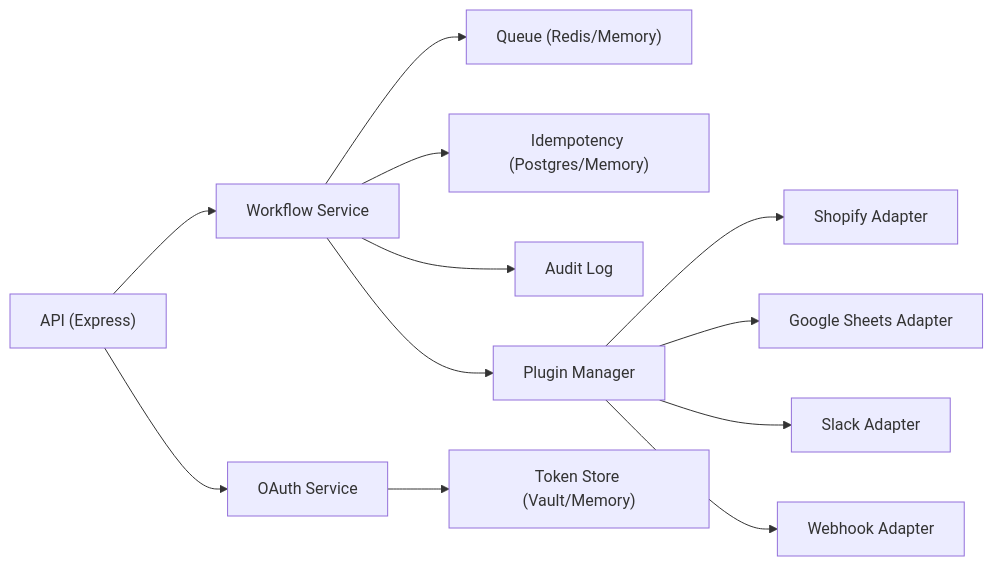
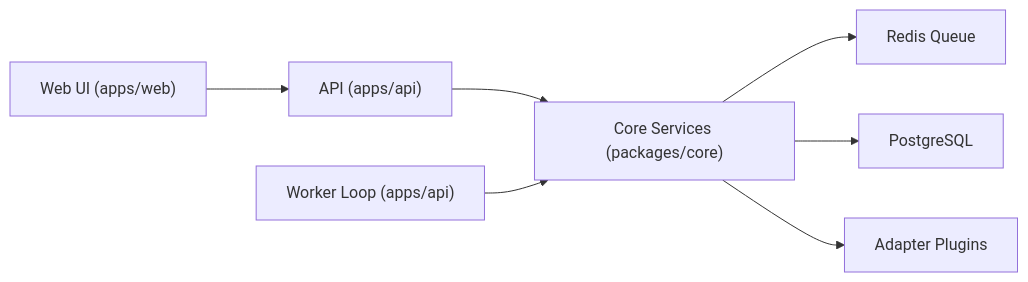
The first of 2 diagrams in docs/architecture.md (penyululz/integrator-project), drawn with Mermaid before and after one commit. The commit also changed other lines of this file and 7 other files, not shown here.

Commit message:
docs: add enterprise roadmap, UI system, and setup guide docs

````diff
--- a/docs/architecture.md
+++ b/docs/architecture.md
@@ -5,14 +35,9 @@
 ```mermaid
 graph LR
-  API["API (Express)"] --> Core["Workflow Service"]
-  Core --> Queue["Queue (Redis/Memory)"]
-  Core --> IdStore["Idempotency (Postgres/Memory)"]
-  Core --> Audit["Audit Log"]
-  Core --> Plugins["Plugin Manager"]
-  Plugins --> A1["Shopify Adapter"]
-  Plugins --> A2["Google Sheets Adapter"]
-  Plugins --> A3["Slack Adapter"]
-  Plugins --> A4["Webhook Adapter"]
-  API --> OAuth["OAuth Service"]
-  OAuth --> Tokens["Token Store (Vault/Memory)"]
+  UI["Web UI (apps/web)"] --> API["API (apps/api)"]
+  API --> Core["Core Services (packages/core)"]
+  Core --> Queue["Redis Queue"]
+  Core --> DB["PostgreSQL"]
+  Core --> Plugins["Adapter Plugins"]
+  Worker["Worker Loop (apps/api)"] --> Core
 ```
````
